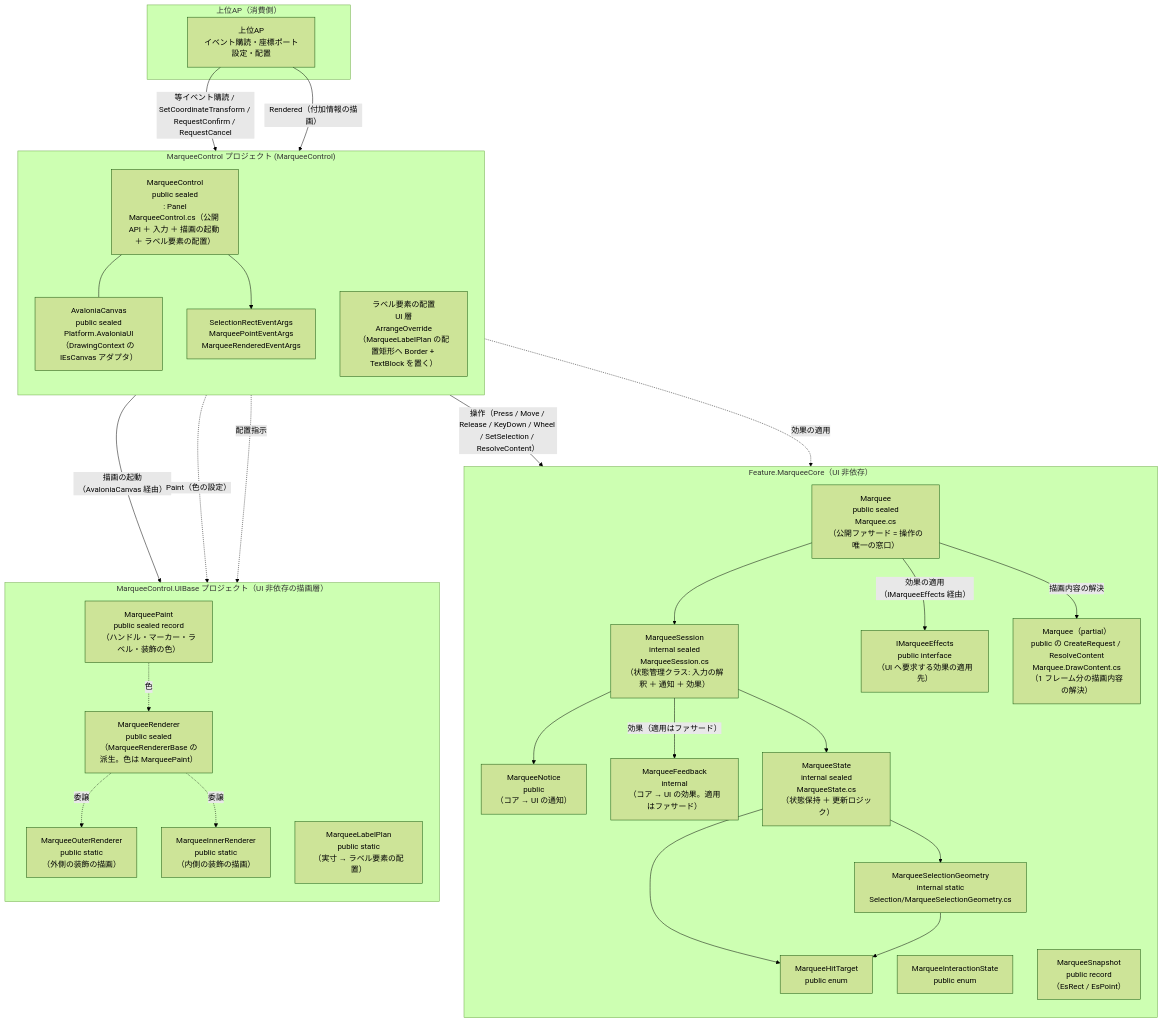
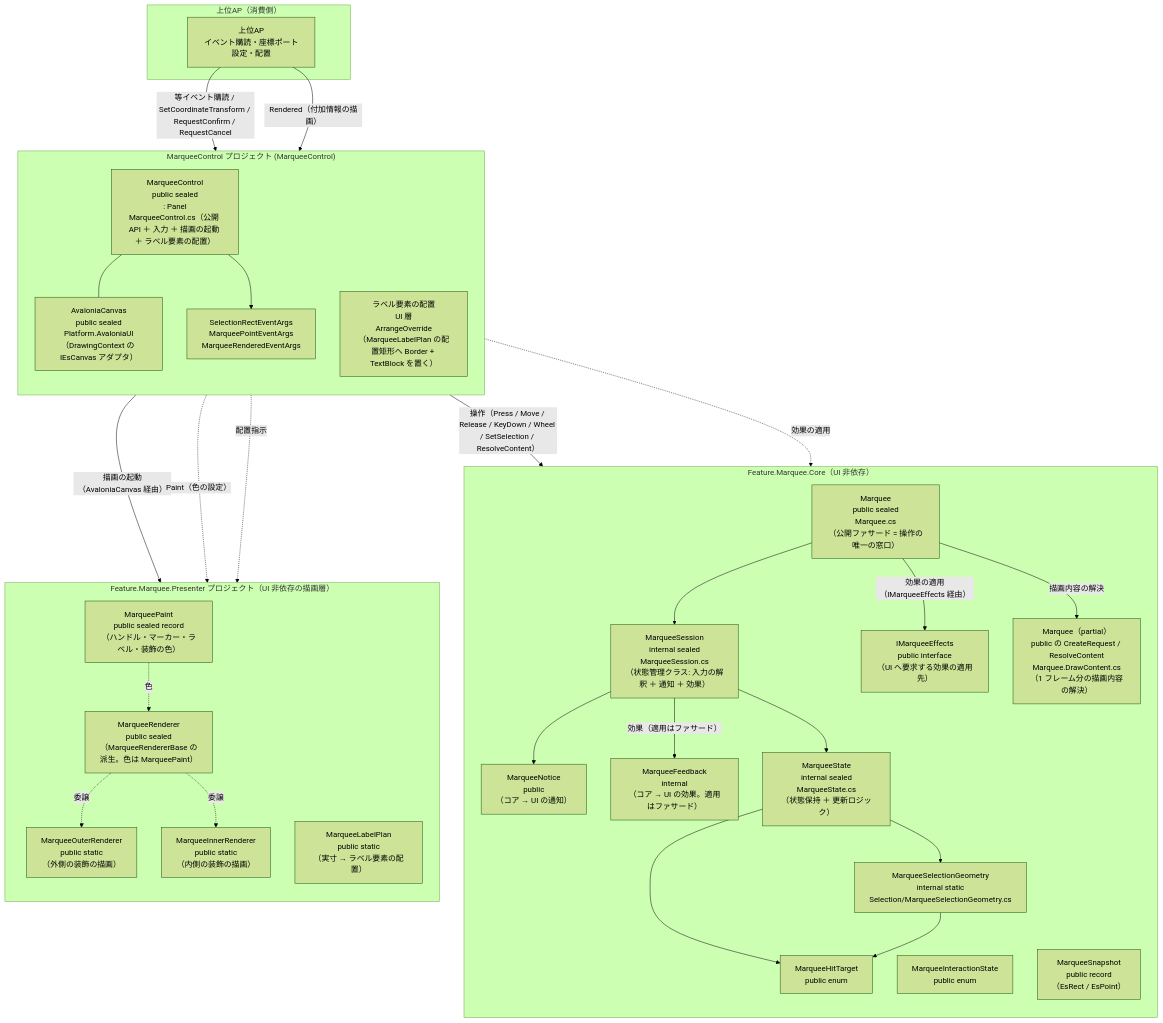
The first of 2 diagrams in src/MarqueeControl.AvaloniaUI/SPEC_System.md (tomokuni/SaveEvidence), drawn with Mermaid (forest theme) before and after one commit. The commit also changed other lines of this file and 334 other files, not shown here.

````diff
--- a/src/MarqueeControl.AvaloniaUI/SPEC_System.md
+++ b/src/MarqueeControl.AvaloniaUI/SPEC_System.md
@@ -99,57 +99,57 @@
 ```mermaid
 flowchart TB
     subgraph Host["上位AP（消費側）"]
         AP["上位AP<br/>イベント購読・座標ポート設定・配置"]
     end
-    subgraph Core["Feature.MarqueeCore（UI 非依存）"]
+    subgraph Core["Feature.Marquee.Core（UI 非依存）"]
         direction TB
         Fac["Marquee<br/>public sealed<br/>Marquee.cs<br/>（公開ファサード = 操作の唯一の窓口）"]
         Eff["IMarqueeEffects<br/>public interface<br/>（UI へ要求する効果の適用先）"]
         Ses["MarqueeSession<br/>internal sealed<br/>MarqueeSession.cs<br/>（状態管理クラス: 入力の解釈 ＋ 通知 ＋ 効果）"]
         Ntc["MarqueeNotice<br/>public<br/>（コア → UI の通知）"]
         Fbk["MarqueeFeedback<br/>internal<br/>（コア → UI の効果。適用はファサード）"]
         Stt["MarqueeState<br/>internal sealed<br/>MarqueeState.cs<br/>（状態保持 ＋ 更新ロジック）"]
         Geo["MarqueeSelectionGeometry<br/>internal static<br/>Selection/MarqueeSelectionGeometry.cs"]
         Hdl["MarqueeHitTarget<br/>public enum"]
         Hdl2["MarqueeInteractionState<br/>public enum"]
         Hdl3["MarqueeSnapshot<br/>public record<br/>（EsRect / EsPoint）"]
         Frm["Marquee（partial）<br/>public の CreateRequest / ResolveContent<br/>Marquee.DrawContent.cs<br/>（1 フレーム分の描画内容の解決）"]
     end
     subgraph DRC2["MarqueeControl プロジェクト (MarqueeControl)"]
         direction TB
         Ctl["MarqueeControl<br/>public sealed<br/>: Panel<br/>MarqueeControl.cs（公開 API ＋ 入力 ＋ 描画の起動 ＋ ラベル要素の配置）"]
         Cvs["AvaloniaCanvas<br/>public sealed<br/>Platform.AvaloniaUI<br/>（DrawingContext の IEsCanvas アダプタ）"]
         Lbl["ラベル要素の配置<br/>UI 層<br/>ArrangeOverride<br/>（MarqueeLabelPlan の配置矩形へ Border + TextBlock を置く）"]
         Evt["SelectionRectEventArgs<br/>MarqueePointEventArgs<br/>MarqueeRenderedEventArgs"]
     end
-    subgraph Rnd2["MarqueeControl.UIBase プロジェクト（UI 非依存の描画層）"]
+    subgraph Rnd2["Feature.Marquee.Presenter プロジェクト（UI 非依存の描画層）"]
         direction TB
         Drw["MarqueeRenderer<br/>public sealed<br/>（MarqueeRendererBase の派生。色は MarqueePaint）"]
         Pnt["MarqueePaint<br/>public sealed record<br/>（ハンドル・マーカー・ラベル・装飾の色）"]
         Odr["MarqueeOuterRenderer<br/>public static<br/>（外側の装飾の描画）"]
         Idr["MarqueeInnerRenderer<br/>public static<br/>（内側の装飾の描画）"]
         Pln["MarqueeLabelPlan<br/>public static<br/>（実寸 → ラベル要素の配置）"]
     end
 
     AP -->|等イベント購読 / SetCoordinateTransform / RequestConfirm / RequestCancel| Ctl
     AP -->|Rendered（付加情報の描画）| Lbl
     Ctl -->|操作（Press / Move / Release / KeyDown / Wheel / SetSelection / ResolveContent）| Fac
     Ctl -.->|効果の適用| Eff
     Ctl -->|描画の起動（AvaloniaCanvas 経由）| Drw
     Ctl -.->|Paint（色の設定）| Pnt
     Pnt -.->|色| Drw
     Drw -.->|委譲| Odr
     Drw -.->|委譲| Idr
     Ctl -.->|配置指示| Pln
     Ctl --- Cvs
     Fac --> Ses
     Fac -->|効果の適用（IMarqueeEffects 経由）| Eff
     Fac -->|描画内容の解決| Frm
     Ctl --> Evt
     Ses --> Ntc
     Ses -->|効果（適用はファサード）| Fbk
     Ses --> Stt
     Stt --> Geo
     Stt --> Hdl
     Geo --> Hdl
 ```
````
